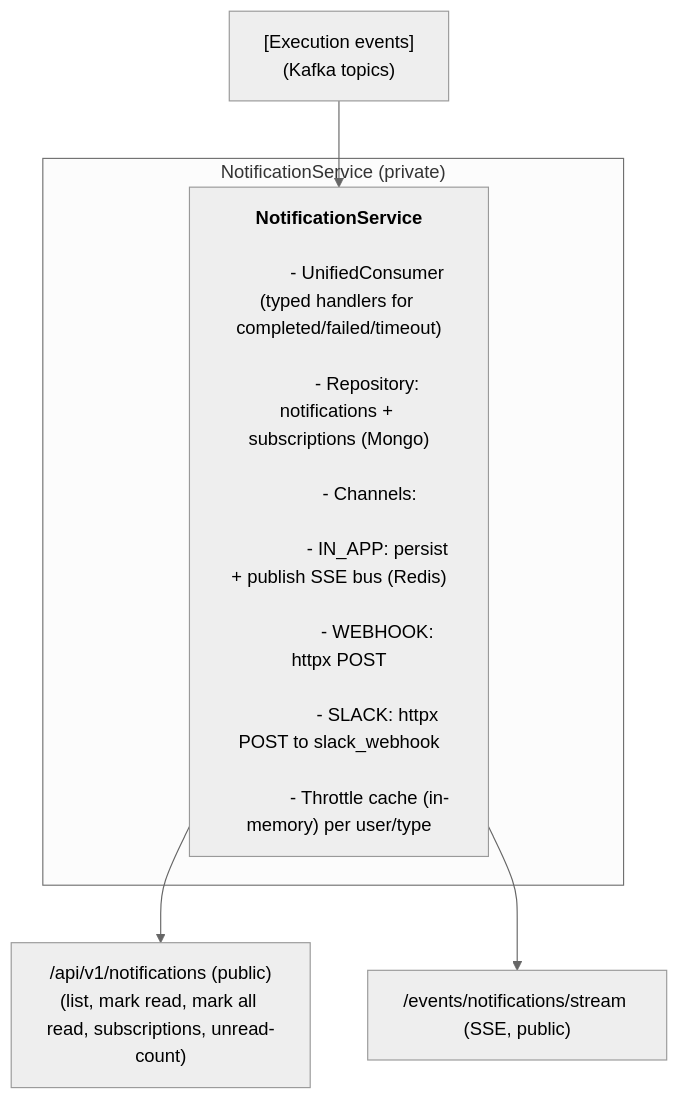
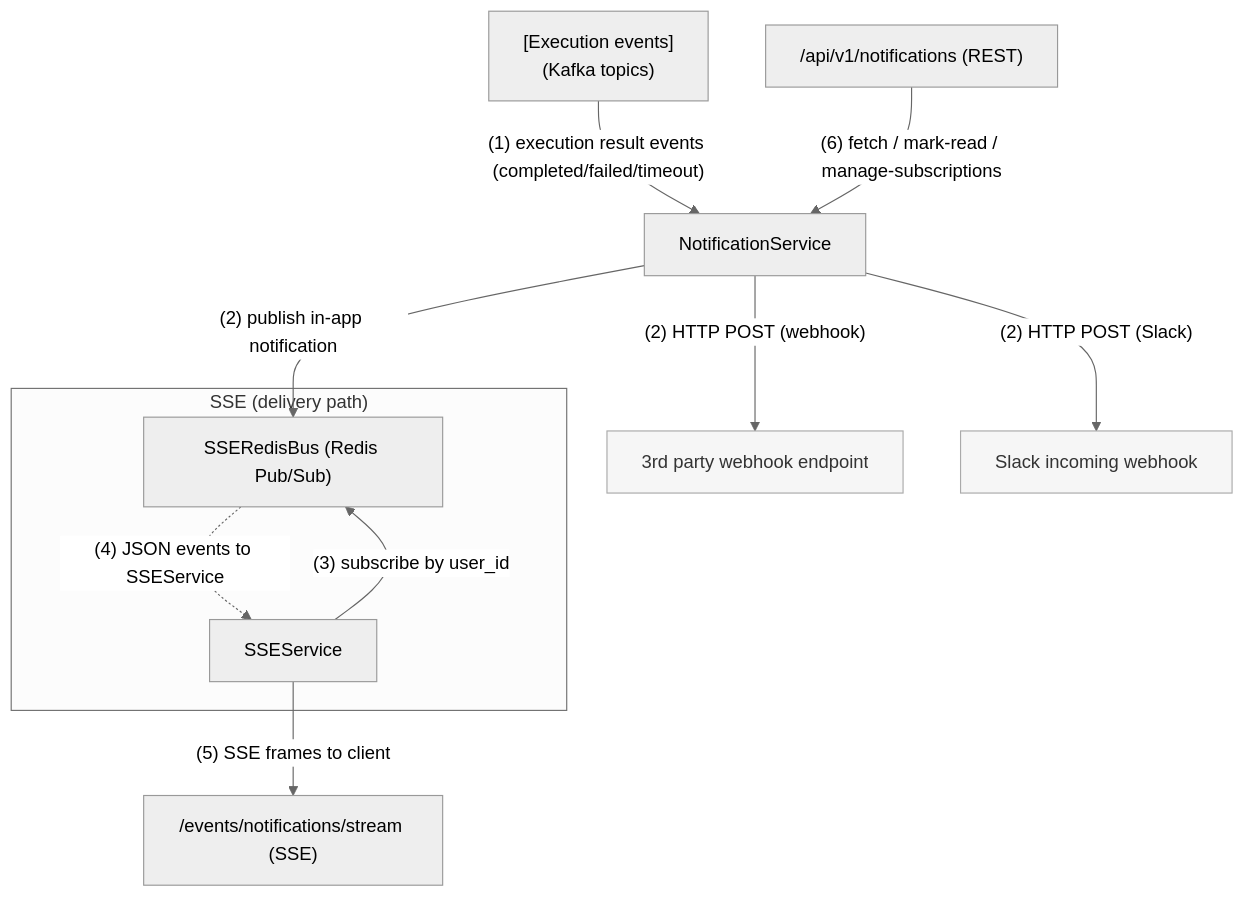
Before and after one commit to HardMax71/Integr8sCode: the sixth of 6 diagrams in files_for_readme/ARCHITECTURE_IN_DETAILS.md, drawn with Mermaid. The commit also changed other lines of this file and 3 other files, not shown here.

Commit message:
bumped readme + updated schemas

````diff
--- a/files_for_readme/ARCHITECTURE_IN_DETAILS.md
+++ b/files_for_readme/ARCHITECTURE_IN_DETAILS.md
@@ -334,25 +218,35 @@
 ```mermaid
 %%{init: {'theme': 'neutral'}}%%
-graph TD
-    Kafka["[Execution events]<br/>(Kafka topics)"]
+  graph TD
+      Kafka["[Execution events]<br/>(Kafka topics)"]
 
-    subgraph "NotificationService (private)"
-        NotificationSvc["
-            <b>NotificationService</b><br/>
-            - UnifiedConsumer (typed handlers for completed/failed/timeout)<br/>
-            - Repository: notifications + subscriptions (Mongo)<br/>
-            - Channels:<br/>
-              &nbsp;&nbsp;- IN_APP: persist + publish SSE bus (Redis)<br/>
-              &nbsp;&nbsp;- WEBHOOK: httpx POST<br/>
-              &nbsp;&nbsp;- SLACK: httpx POST to slack_webhook<br/>
-            - Throttle cache (in-memory) per user/type
-        "]
-    end
+      NotificationSvc["NotificationService"]
 
-    ApiNotifications["/api/v1/notifications (public)<br/>(list, mark read, mark all read, subscriptions, unread-count)"]
-    ApiSSE["/events/notifications/stream (SSE, public)"]
+      subgraph "SSE (delivery path)"
+          SSESvc["SSEService"]
+          RedisBus["SSERedisBus (Redis Pub/Sub)"]
+      end
 
-    Kafka --> NotificationSvc
-    NotificationSvc --> ApiNotifications
-    NotificationSvc --> ApiSSE
+      ApiNotifications["/api/v1/notifications (REST)"]
+      ApiSSE["/events/notifications/stream (SSE)"]
+
+      %% Event ingress
+      Kafka -- "(1) execution result events (completed/failed/timeout)" --> NotificationSvc
+
+      %% In‑app channel delivery
+      NotificationSvc -- "(2) publish in-app notification" --> RedisBus
+      SSESvc -- "(3) subscribe by user_id" --> RedisBus
+      RedisBus -. "(4) JSON events to SSEService" .-> SSESvc
+      SSESvc -- "(5) SSE frames to client" --> ApiSSE
+
+      %% REST control plane
+      ApiNotifications -- "(6) fetch / mark-read / manage-subscriptions" --> NotificationSvc
+
+      %% Other channels
+      Webhook["3rd party webhook endpoint"]:::ext
+      Slack["Slack incoming webhook"]:::ext
+      NotificationSvc -- "(2) HTTP POST (webhook)" --> Webhook
+      NotificationSvc -- "(2) HTTP POST (Slack)" --> Slack
+
+      classDef ext fill:#f6f6f6,stroke:#aaa,color:#333;
 ```
````
